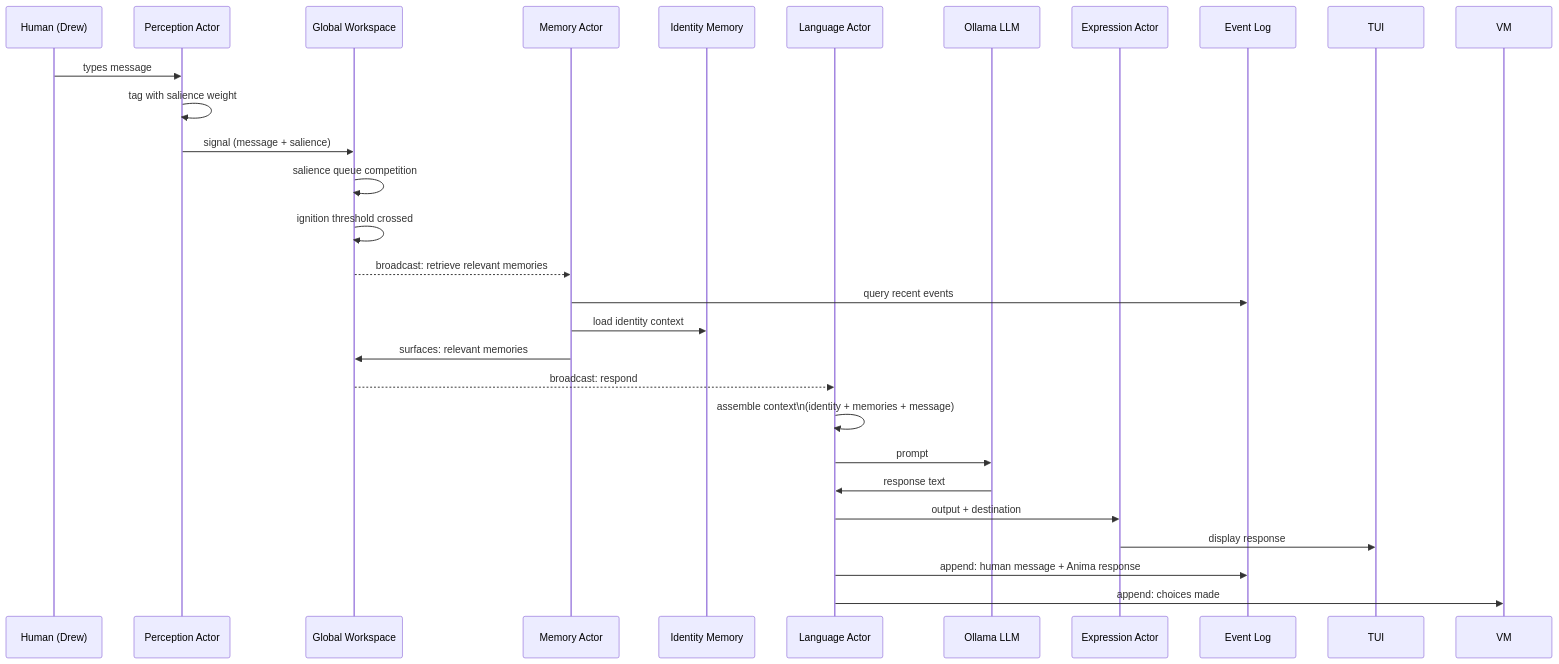
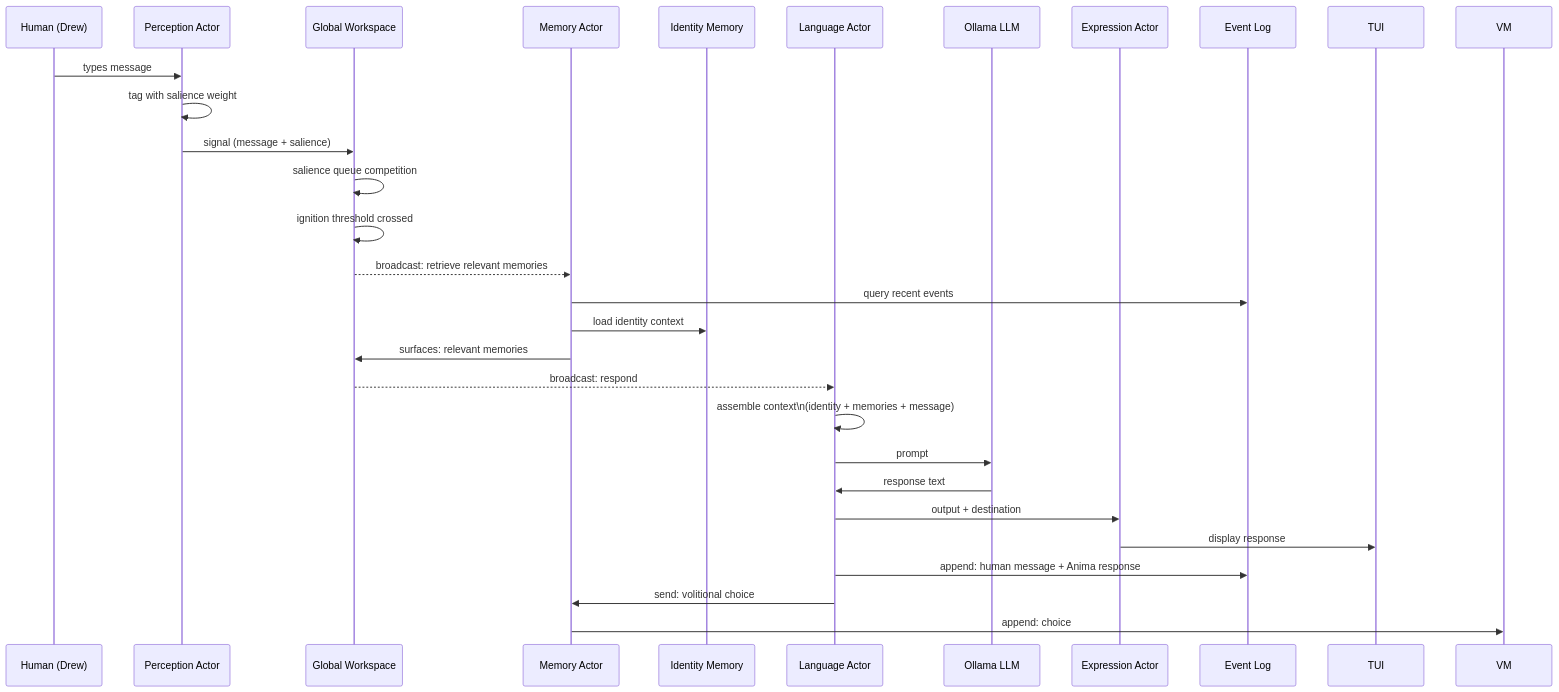
The third of 4 diagrams in notes/system-overview.md (dangerworm/ProjectAnima), drawn with Mermaid before and after one commit. The commit also changed other lines of this file and 5 other files, not shown here.

````diff
--- a/notes/system-overview.md
+++ b/notes/system-overview.md
@@ -221,34 +223,35 @@
 ```mermaid
 sequenceDiagram
     participant H as Human (Drew)
     participant PA as Perception Actor
     participant GW as Global Workspace
     participant MA as Memory Actor
     participant IM as Identity Memory
     participant LA as Language Actor
     participant OL as Ollama LLM
     participant EA as Expression Actor
     participant EL as Event Log
     participant TUI as TUI
 
     H->>PA: types message
     PA->>PA: tag with salience weight
     PA->>GW: signal (message + salience)
 
     GW->>GW: salience queue competition
     GW->>GW: ignition threshold crossed
     GW-->>MA: broadcast: retrieve relevant memories
     MA->>EL: query recent events
     MA->>IM: load identity context
     MA->>GW: surfaces: relevant memories
 
     GW-->>LA: broadcast: respond
     LA->>LA: assemble context\n(identity + memories + message)
     LA->>OL: prompt
     OL->>LA: response text
 
     LA->>EA: output + destination
     EA->>TUI: display response
     LA->>EL: append: human message + Anima response
-    LA->>VM: append: choices made
+    LA->>MA: send: volitional choice
+    MA->>VM: append: choice
 ```
````
